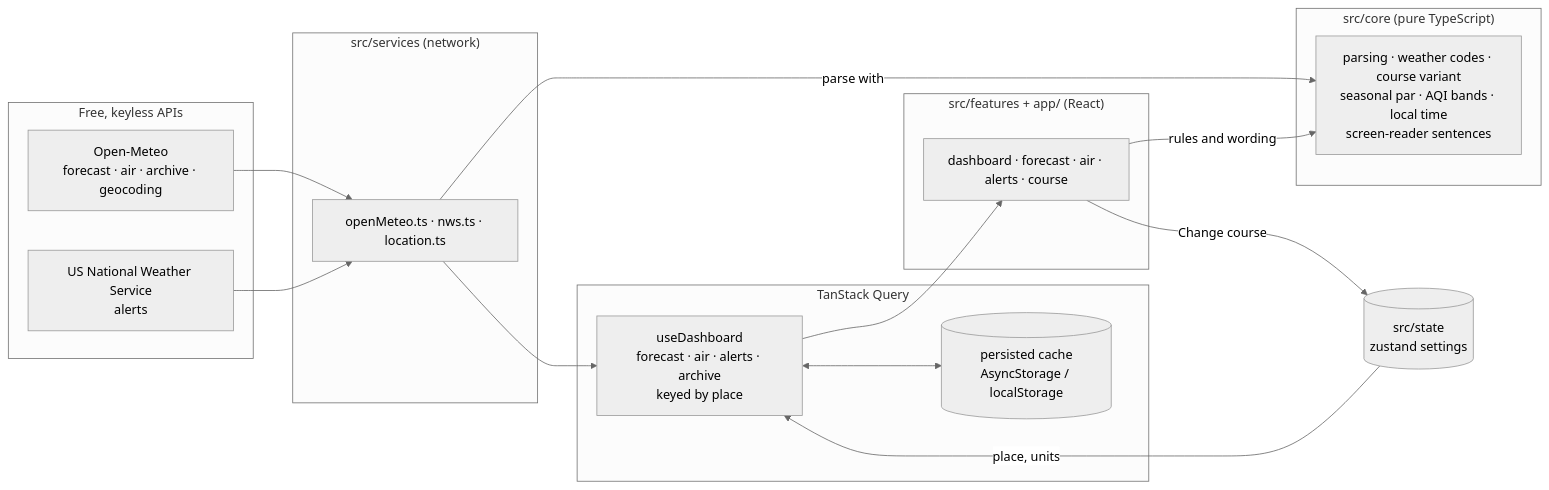
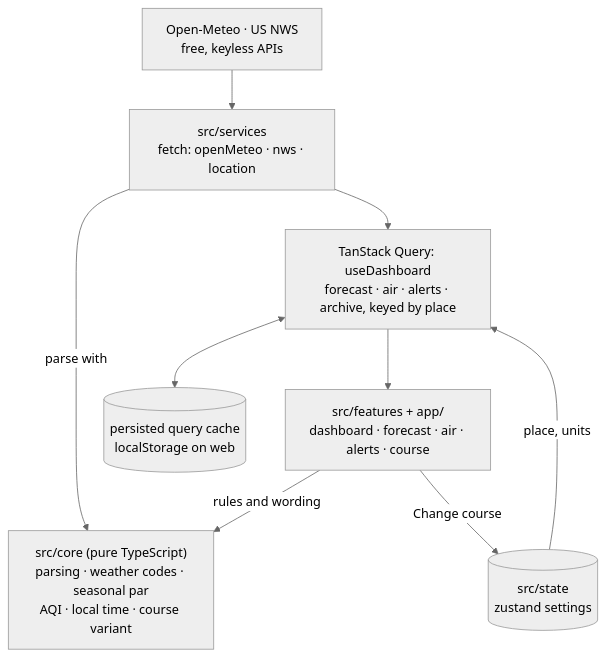
Before and after one commit to nwangemann/fore: the diagram in README.md, drawn with Mermaid (neutral theme).

Commit message:
docs: top-to-bottom README architecture diagram so it reads at GitHub width

````diff
--- a/README.md
+++ b/README.md
@@ -37,36 +37,19 @@
 ```mermaid
-flowchart LR
-  subgraph APIs["Free, keyless APIs"]
-    OM["Open-Meteo<br/>forecast · air · archive · geocoding"]
-    NWS["US National Weather Service<br/>alerts"]
-  end
+flowchart TB
+  APIs["Open-Meteo · US NWS<br/>free, keyless APIs"]
+  S["src/services<br/>fetch: openMeteo · nws · location"]
+  C["src/core (pure TypeScript)<br/>parsing · weather codes · seasonal par<br/>AQI · local time · course variant"]
+  Q["TanStack Query: useDashboard<br/>forecast · air · alerts · archive, keyed by place"]
+  P[("persisted query cache<br/>localStorage on web")]
+  ST[("src/state<br/>zustand settings")]
+  F["src/features + app/<br/>dashboard · forecast · air · alerts · course"]
 
-  subgraph services["src/services (network)"]
-    S["openMeteo.ts · nws.ts · location.ts"]
-  end
-
-  subgraph core["src/core (pure TypeScript)"]
-    C["parsing · weather codes · course variant<br/>seasonal par · AQI bands · local time<br/>screen-reader sentences"]
-  end
-
-  subgraph query["TanStack Query"]
-    Q["useDashboard<br/>forecast · air · alerts · archive<br/>keyed by place"]
-    P[("persisted cache<br/>AsyncStorage / localStorage")]
-  end
-
-  subgraph ui["src/features + app/ (React)"]
-    F["dashboard · forecast · air · alerts · course"]
-  end
-
-  ST[("src/state<br/>zustand settings")]
-
-  OM --> S
-  NWS --> S
-  S -- "parse with" --> C
+  APIs --> S
+  S -- parse with --> C
   S --> Q
   Q <--> P
-  ST -- "place, units" --> Q
+  ST -- place, units --> Q
   Q --> F
-  F -- "rules and wording" --> C
-  F -- "Change course" --> ST
+  F -- rules and wording --> C
+  F -- Change course --> ST
 ```
````
